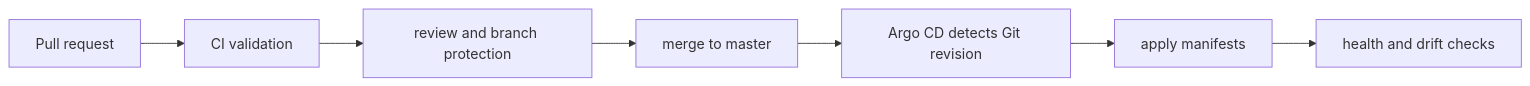
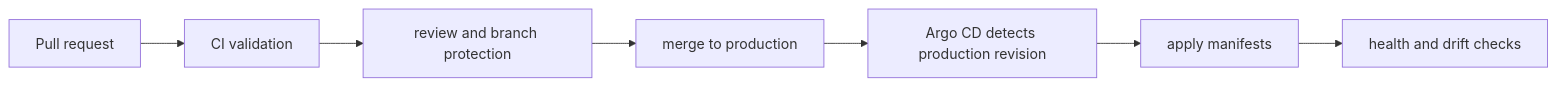
One commit to echoares-lab/homelab-gitops changed the sixth of 7 diagrams in docs/ARC_NEXUS_CICD_STACK.md. Above: the diagram before and after it, drawn with Mermaid. The commit also changed other lines of this file and 12 other files, not shown here.

````diff
--- a/docs/ARC_NEXUS_CICD_STACK.md
+++ b/docs/ARC_NEXUS_CICD_STACK.md
@@ -232,9 +233,9 @@
 ```mermaid
 flowchart LR
     PR[Pull request] --> Validate[CI validation]
     Validate --> Review[review and branch protection]
-    Review --> Merge[merge to master]
-    Merge --> Argo[Argo CD detects Git revision]
+    Review --> Merge[merge to production]
+    Merge --> Argo[Argo CD detects production revision]
     Argo --> Sync[apply manifests]
     Sync --> Health[health and drift checks]
 ```
````
